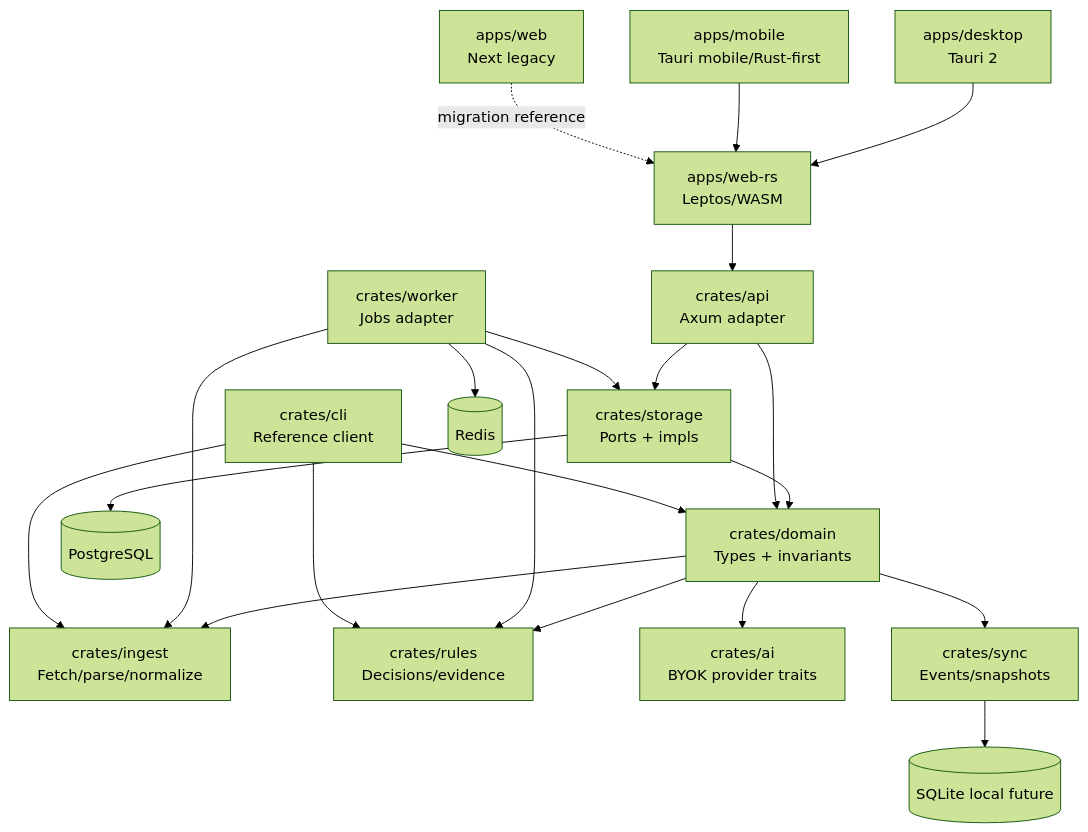
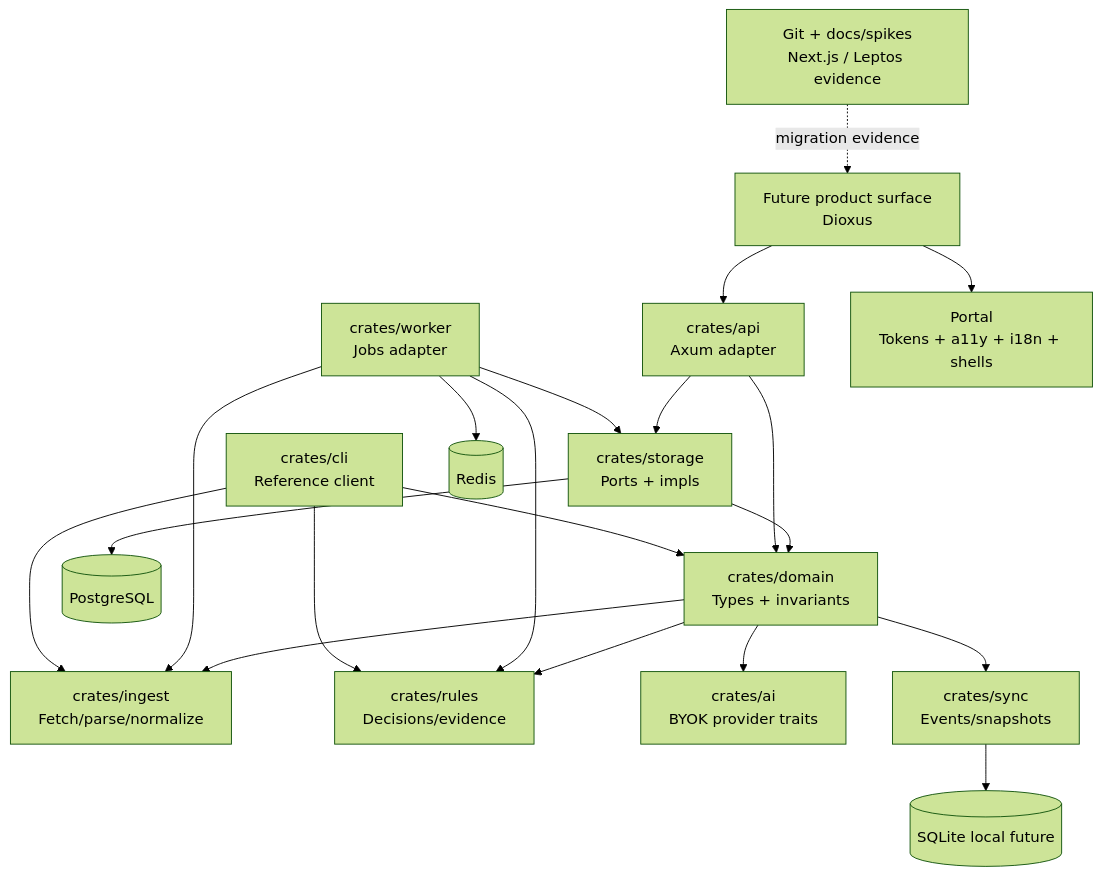
The diagram in docs/refactor-plan.md (constantin-jais/rumble-feed-mind), drawn with Mermaid (forest theme) before and after one commit. The commit also changed other lines of this file and 6 other files, not shown here.

````diff
--- a/docs/refactor-plan.md
+++ b/docs/refactor-plan.md
@@ -32,40 +39,38 @@
 ```mermaid
 graph TD
     Domain[crates/domain\nTypes + invariants]
     Ingest[crates/ingest\nFetch/parse/normalize]
     Rules[crates/rules\nDecisions/evidence]
     AI[crates/ai\nBYOK provider traits]
     Sync[crates/sync\nEvents/snapshots]
     Storage[crates/storage\nPorts + impls]
     API[crates/api\nAxum adapter]
     Worker[crates/worker\nJobs adapter]
     CLI[crates/cli\nReference client]
-    WebRs[apps/web-rs\nLeptos/WASM]
-    Desktop[apps/desktop\nTauri 2]
-    Mobile[apps/mobile\nTauri mobile/Rust-first]
-    Legacy[apps/web\nNext legacy]
+    Portal[Portal\nTokens + a11y + i18n + shells]
+    Dioxus[Future product surface\nDioxus]
+    History[Git + docs/spikes\nNext.js / Leptos evidence]
     DB[(PostgreSQL)]
     Redis[(Redis)]
     SQLite[(SQLite local future)]
 
     Domain --> Ingest
     Domain --> Rules
     Domain --> Sync
     Domain --> AI
     Storage --> Domain
     API --> Domain
     API --> Storage
     Worker --> Ingest
     Worker --> Rules
     Worker --> Storage
     CLI --> Domain
     CLI --> Ingest
     CLI --> Rules
-    WebRs --> API
-    Desktop --> WebRs
-    Mobile --> WebRs
-    Legacy -. migration reference .-> WebRs
+    Dioxus --> API
+    Dioxus --> Portal
+    History -. migration evidence .-> Dioxus
     Storage --> DB
     Worker --> Redis
     Sync --> SQLite
 ```
````
